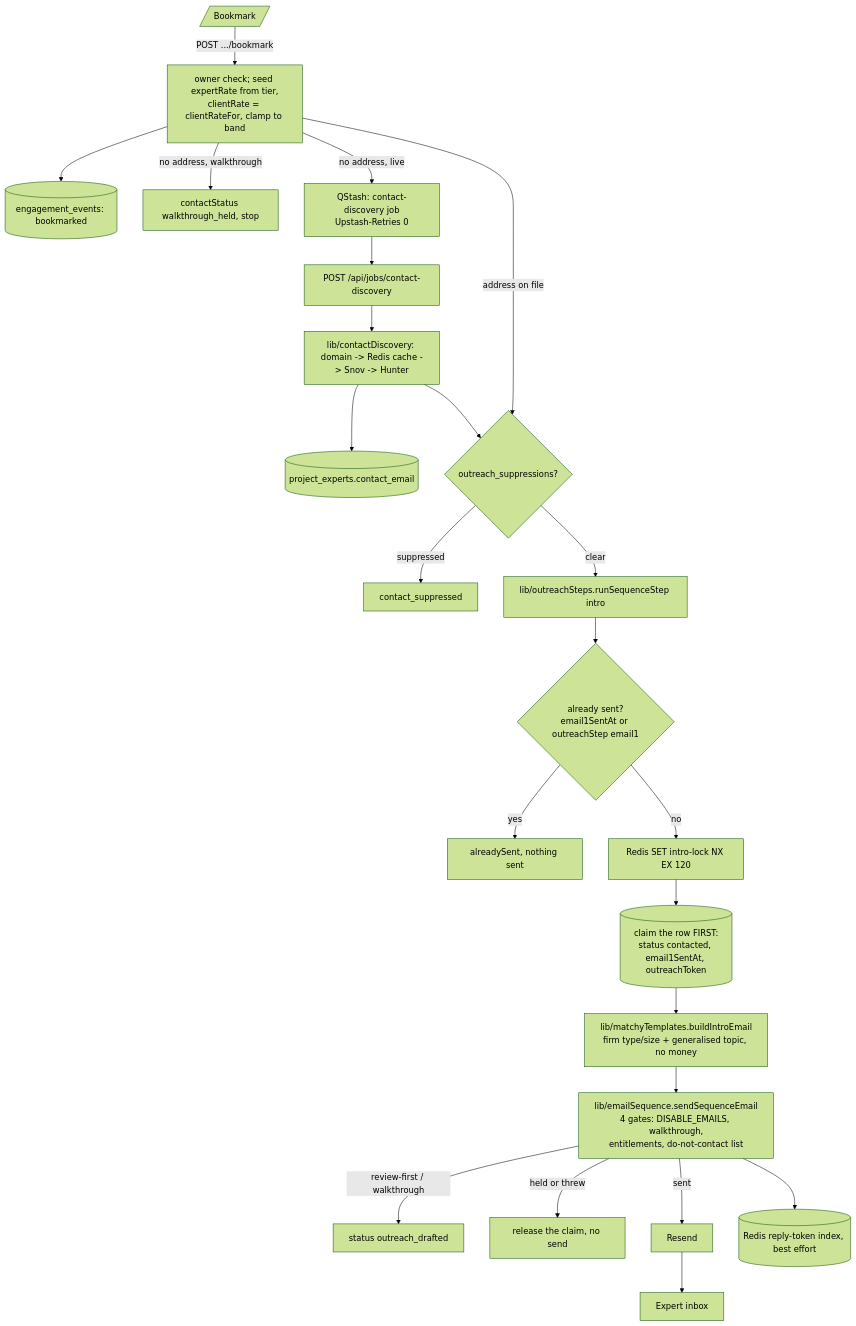
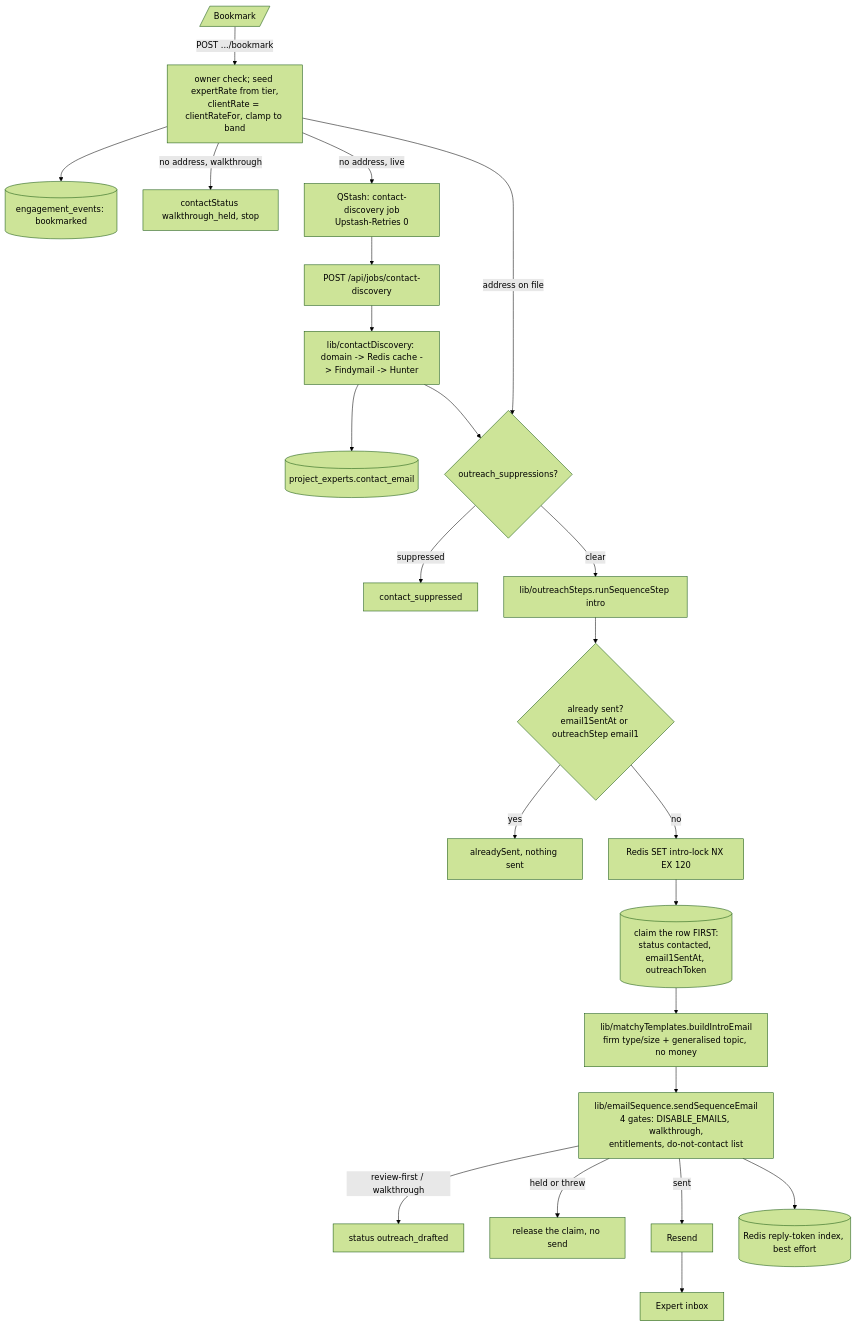
Before and after one commit to adgold28-lgtm/expertmatching: the fourth of 8 diagrams in ARCHITECTURE.md, drawn with Mermaid (forest theme). The commit also changed other lines of this file and 23 other files, not shown here.

First line of the commit message:
Put Findymail first in the contact-discovery chain and retire the Snov provider

````diff
--- a/ARCHITECTURE.md
+++ b/ARCHITECTURE.md
@@ -508,25 +509,25 @@
 ```mermaid
 flowchart TD
     B[/Bookmark/] -->|POST .../bookmark| BR[owner check; seed expertRate from tier,<br/>clientRate = clientRateFor, clamp to band]
     BR --> EV[(engagement_events: bookmarked)]
     BR -->|no address, walkthrough| H[contactStatus walkthrough_held, stop]
     BR -->|no address, live| Q[QStash: contact-discovery job<br/>Upstash-Retries 0]
     Q --> W[POST /api/jobs/contact-discovery]
-    W --> D[lib/contactDiscovery: domain -> Redis cache -> Snov -> Hunter]
+    W --> D[lib/contactDiscovery: domain -> Redis cache -> Findymail -> Hunter]
     D --> CE[(project_experts.contact_email)]
     D --> SUP{outreach_suppressions?}
     BR -->|address on file| SUP
     SUP -->|suppressed| STOP[contact_suppressed]
     SUP -->|clear| RS[lib/outreachSteps.runSequenceStep intro]
     RS --> ONCE{already sent?<br/>email1SentAt or outreachStep email1}
     ONCE -->|yes| SKIP[alreadySent, nothing sent]
     ONCE -->|no| LOCK[Redis SET intro-lock NX EX 120]
     LOCK --> CLAIM[(claim the row FIRST:<br/>status contacted, email1SentAt, outreachToken)]
     CLAIM --> T[lib/matchyTemplates.buildIntroEmail<br/>firm type/size + generalised topic, no money]
     T --> CP[lib/emailSequence.sendSequenceEmail<br/>4 gates: DISABLE_EMAILS, walkthrough,<br/>entitlements, do-not-contact list]
     CP -->|review-first / walkthrough| DR[status outreach_drafted]
     CP -->|held or threw| REL[release the claim, no send]
     CP -->|sent| RESEND[Resend]
     RESEND --> X[Expert inbox]
     CP --> IDX[(Redis reply-token index, best effort)]
 ```
````
